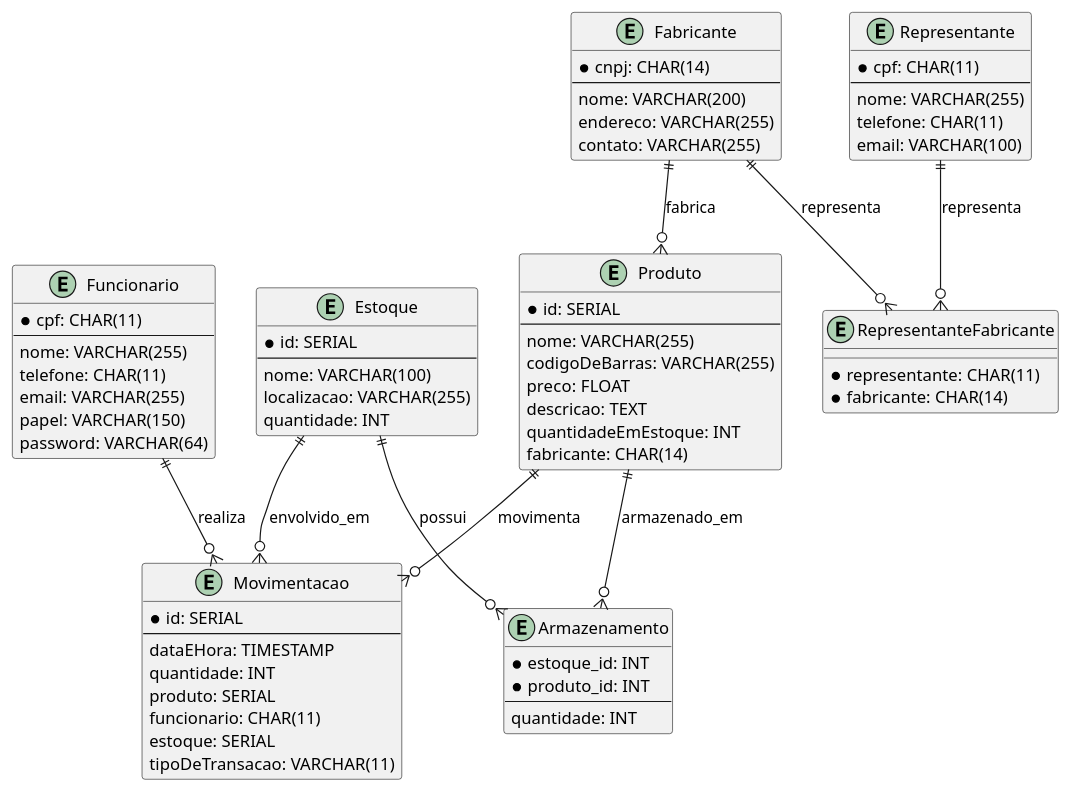
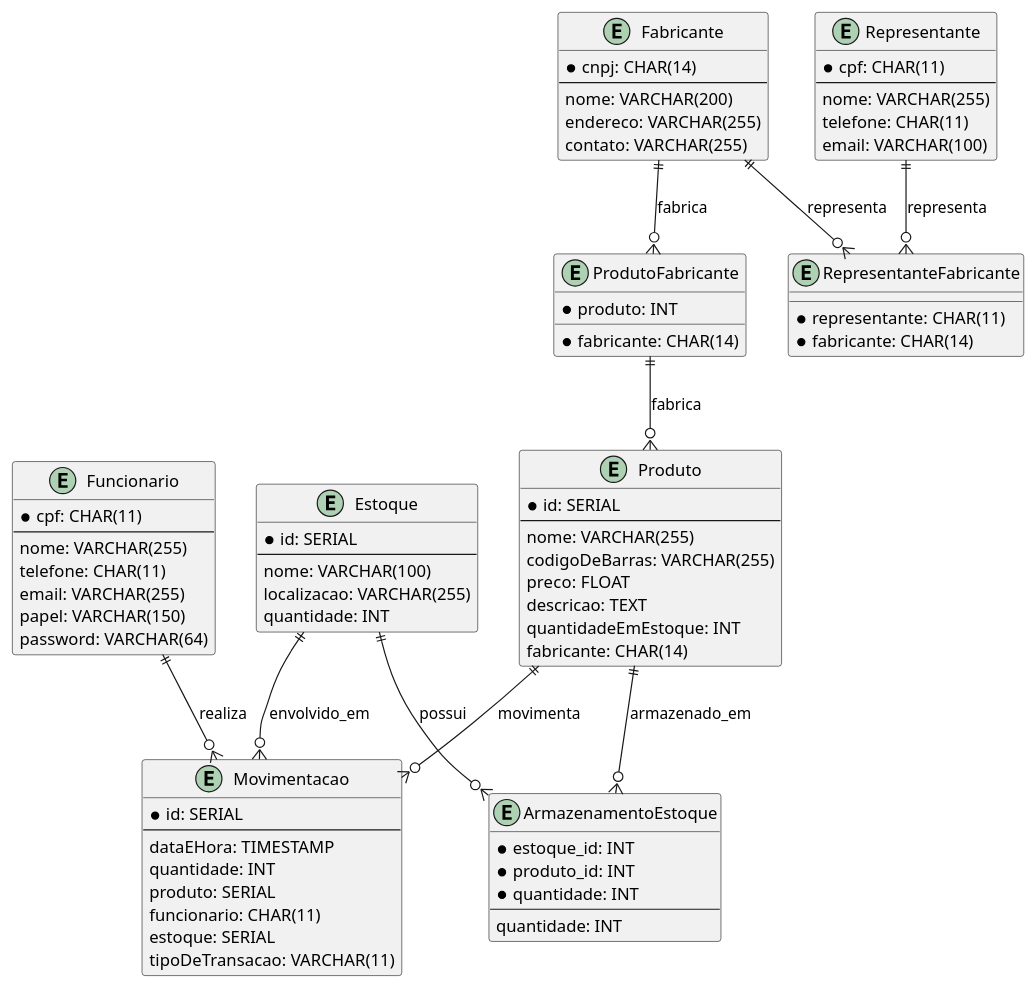
Before and after one commit to profjosedaniel/controledeestoque: the diagram in docs/diagram/der.puml, drawn with PlantUML. The commit also changed 67 other files, not shown here.

```diff
--- a/docs/diagram/der.puml
+++ b/docs/diagram/der.puml
@@ -1,78 +1,86 @@
 @startuml
 entity Fabricante {
   * cnpj: CHAR(14)
   --
   nome: VARCHAR(200)
   endereco: VARCHAR(255)
   contato: VARCHAR(255)
 }
 
 entity Produto {
   * id: SERIAL
   --
   nome: VARCHAR(255)
   codigoDeBarras: VARCHAR(255)
   preco: FLOAT
   descricao: TEXT
   quantidadeEmEstoque: INT
   fabricante: CHAR(14)
 }
 
 entity Estoque {
   * id: SERIAL
   --
   nome: VARCHAR(100)
   localizacao: VARCHAR(255)
   quantidade: INT
 }
 
 entity Funcionario {
   * cpf: CHAR(11)
   --
   nome: VARCHAR(255)
   telefone: CHAR(11)
   email: VARCHAR(255)
   papel: VARCHAR(150)
   password: VARCHAR(64)
 }
 
 entity Representante {
   * cpf: CHAR(11)
   --
   nome: VARCHAR(255)
   telefone: CHAR(11)
   email: VARCHAR(100)
 }
 
 entity RepresentanteFabricante {
   * representante: CHAR(11)
   * fabricante: CHAR(14)
 }
 
-entity Armazenamento {
+entity ProdutoFabricante {
+  * produto: INT
+  * fabricante: CHAR(14)
+}
+
+entity ArmazenamentoEstoque {
   * estoque_id: INT
   * produto_id: INT
+  * quantidade: INT
   --
   quantidade: INT
 }
 
 entity Movimentacao {
   * id: SERIAL
   --
   dataEHora: TIMESTAMP
   quantidade: INT
   produto: SERIAL
   funcionario: CHAR(11)
   estoque: SERIAL
   tipoDeTransacao: VARCHAR(11)
 }
 
-Fabricante ||--o{ Produto : fabrica
+ 
+Fabricante ||--o{ ProdutoFabricante : fabrica
+ProdutoFabricante ||--o{ Produto : fabrica
 Representante ||--o{ RepresentanteFabricante : representa
 Fabricante ||--o{ RepresentanteFabricante : representa
-Produto ||--o{ Armazenamento : armazenado_em
-Estoque ||--o{ Armazenamento : possui
+Produto ||--o{ ArmazenamentoEstoque : armazenado_em
+Estoque ||--o{ ArmazenamentoEstoque : possui
 Produto ||--o{ Movimentacao : movimenta
 Funcionario ||--o{ Movimentacao : realiza
 Estoque ||--o{ Movimentacao : envolvido_em
 @enduml
```
